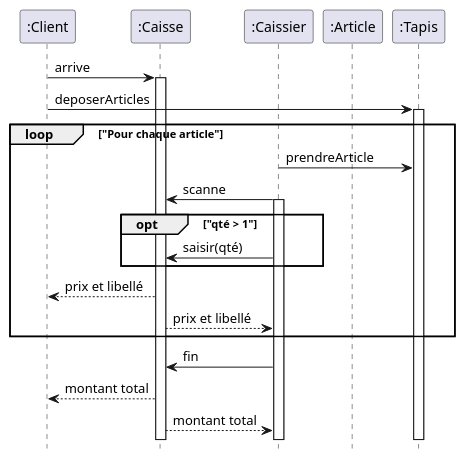
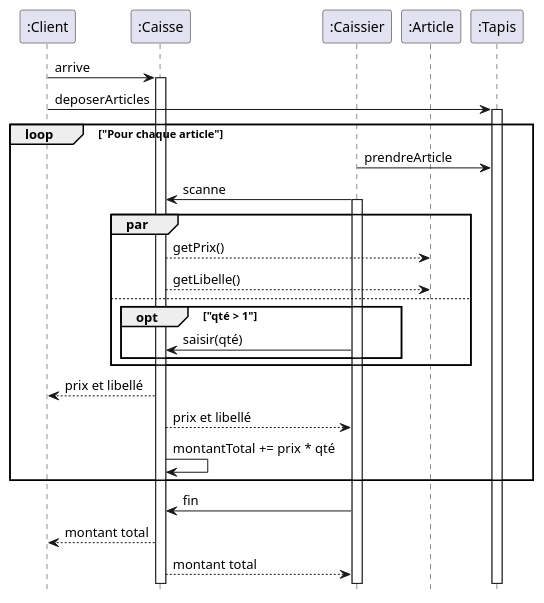
One commit to IUT-Blagnac/bcoo-El-FaroukA changed the diagram in td5.plantuml. Above: the diagram before and after it, drawn with PlantUML.

Commit message:
mise à jour td5 5.2

```diff
--- a/td5.plantuml
+++ b/td5.plantuml
@@ -1,39 +1,47 @@
 @startuml
 
 'autonumber
 hide footbox
 
 participant A as ":Client"
 participant B as ":Caisse"
 participant C as ":Caissier"
 participant D as ":Article"
 participant E as ":Tapis"
 
 
 A -> B: arrive
 activate B
 
 A -> E : deposerArticles
 activate E
 
 loop "Pour chaque article"
   C -> E: prendreArticle
   C -> B: scanne
   activate C
-
+  
+  par
+  B --> D: getPrix()
+  B --> D: getLibelle()
+  
+  else
   opt "qté > 1"
     C -> B: saisir(qté)
   end
-
+  end
   B --> A: prix et libellé
   B --> C: prix et libellé
+
+  B -> B: montantTotal += prix * qté
 end
 
 C -> B:fin
 
   B --> A: montant total
   B --> C: montant total  
   
 
 
+
 @enduml
```
